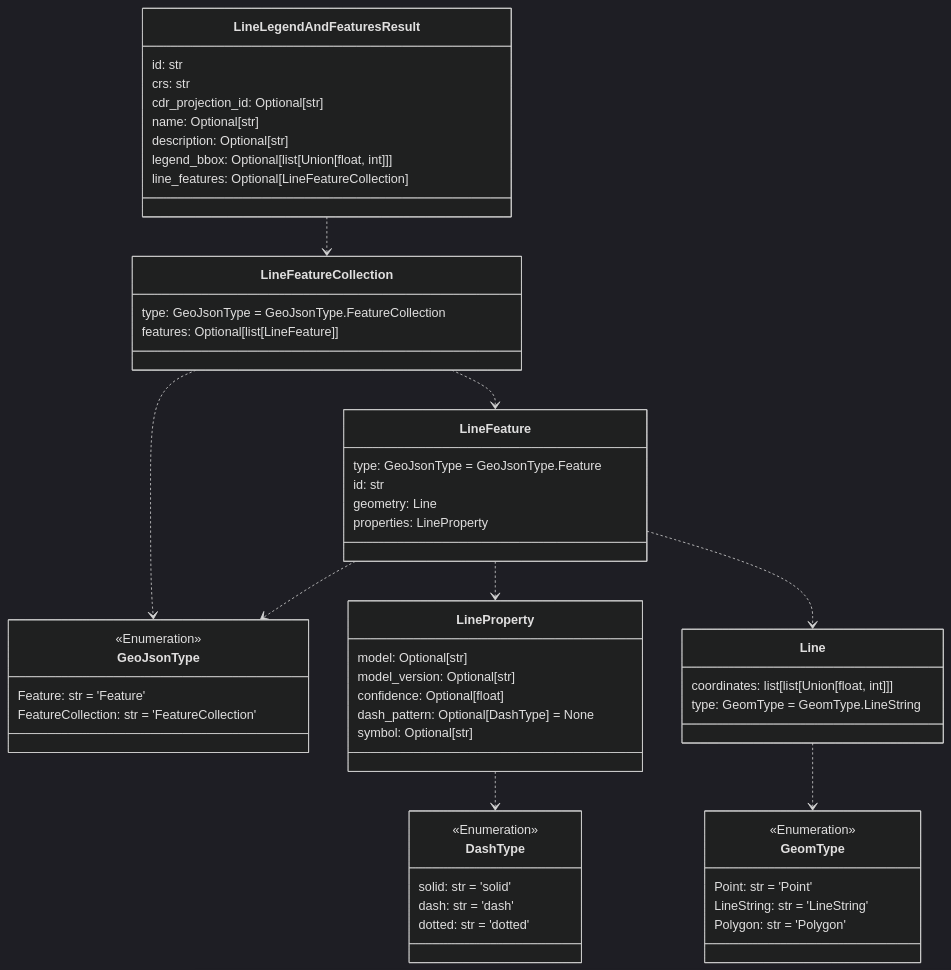
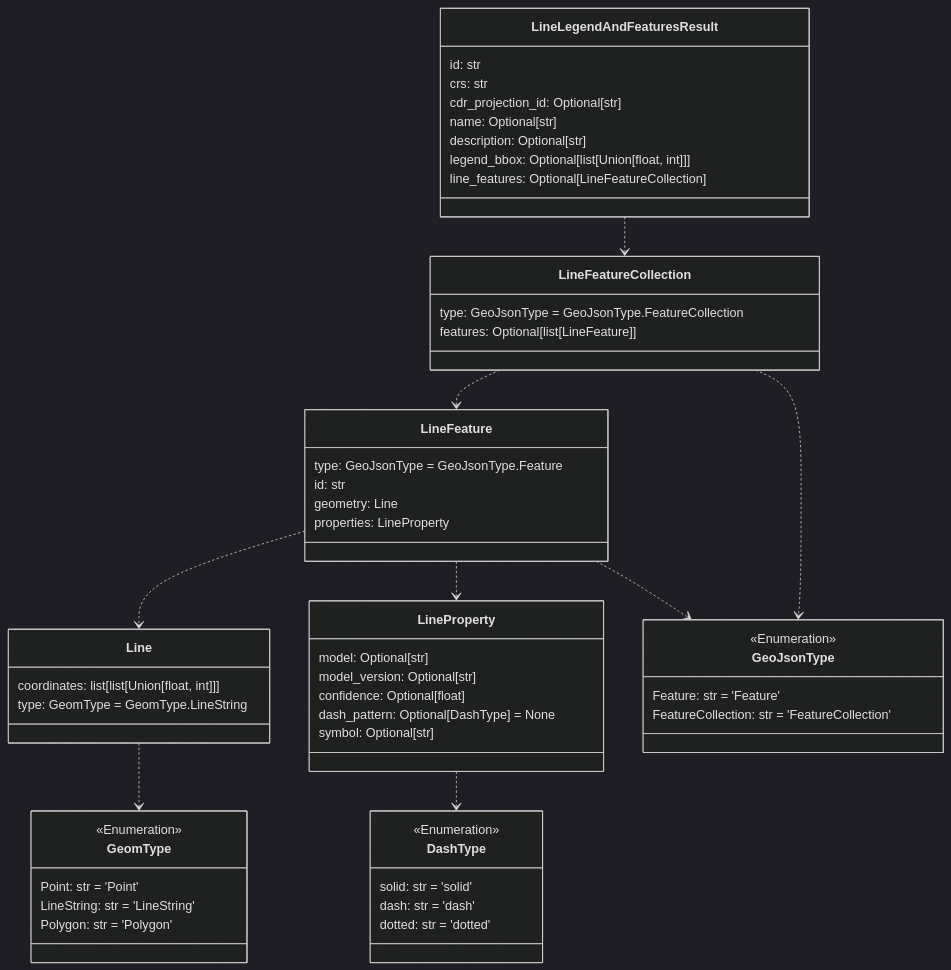
One commit to DARPA-CRITICALMAAS/cdr_schemas changed the sixth of 12 diagrams in README.md. Above: the diagram before and after it, drawn with Mermaid (dark theme). The commit also changed other lines of this file and 1 other file, not shown here.

````diff
--- a/README.md
+++ b/README.md
@@ -412,69 +413,69 @@
 ```mermaid
 classDiagram
+
+    class Line {
+        coordinates: list[list[Union[float, int]]]
+        type: GeomType = GeomType.LineString
+    }
+
+    class DashType {
+        <<Enumeration>>
+        solid: str = 'solid'
+        dash: str = 'dash'
+        dotted: str = 'dotted'
+    }
+
+    class LineFeature {
+        type: GeoJsonType = GeoJsonType.Feature
+        id: str
+        geometry: Line
+        properties: LineProperty
+    }
+
+    class LineProperty {
+        model: Optional[str]
+        model_version: Optional[str]
+        confidence: Optional[float]
+        dash_pattern: Optional[DashType] = None
+        symbol: Optional[str]
+    }
 
     class GeomType {
         <<Enumeration>>
         Point: str = 'Point'
         LineString: str = 'LineString'
         Polygon: str = 'Polygon'
     }
 
-    class LineProperty {
-        model: Optional[str]
-        model_version: Optional[str]
-        confidence: Optional[float]
-        dash_pattern: Optional[DashType] = None
-        symbol: Optional[str]
+    class LineFeatureCollection {
+        type: GeoJsonType = GeoJsonType.FeatureCollection
+        features: Optional[list[LineFeature]]
     }
 
     class LineLegendAndFeaturesResult {
         id: str
         crs: str
         cdr_projection_id: Optional[str]
         name: Optional[str]
         description: Optional[str]
         legend_bbox: Optional[list[Union[float, int]]]
         line_features: Optional[LineFeatureCollection]
     }
 
-    class DashType {
-        <<Enumeration>>
-        solid: str = 'solid'
-        dash: str = 'dash'
-        dotted: str = 'dotted'
-    }
-
     class GeoJsonType {
         <<Enumeration>>
         Feature: str = 'Feature'
         FeatureCollection: str = 'FeatureCollection'
     }
 
-    class LineFeatureCollection {
-        type: GeoJsonType = GeoJsonType.FeatureCollection
-        features: Optional[list[LineFeature]]
-    }
-
-    class LineFeature {
-        type: GeoJsonType = GeoJsonType.Feature
-        id: str
-        geometry: Line
-        properties: LineProperty
-    }
-
-    class Line {
-        coordinates: list[list[Union[float, int]]]
-        type: GeomType = GeomType.LineString
-    }
-
     Line ..> GeomType
     LineProperty ..> DashType
+    LineFeature ..> Line
+    LineFeature ..> LineProperty
     LineFeature ..> GeoJsonType
-    LineFeature ..> LineProperty
-    LineFeature ..> Line
+    LineFeatureCollection ..> LineFeature
     LineFeatureCollection ..> GeoJsonType
-    LineFeatureCollection ..> LineFeature
     LineLegendAndFeaturesResult ..> LineFeatureCollection
 
 
 ```
````
